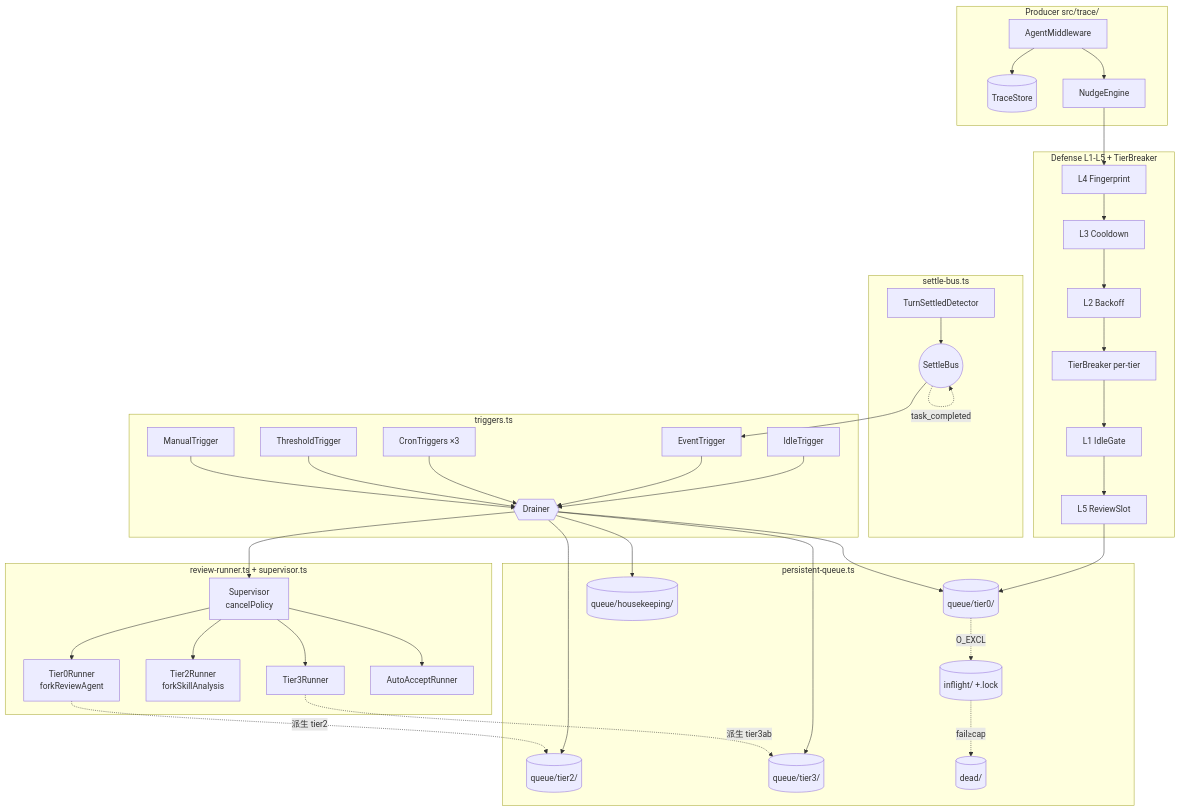
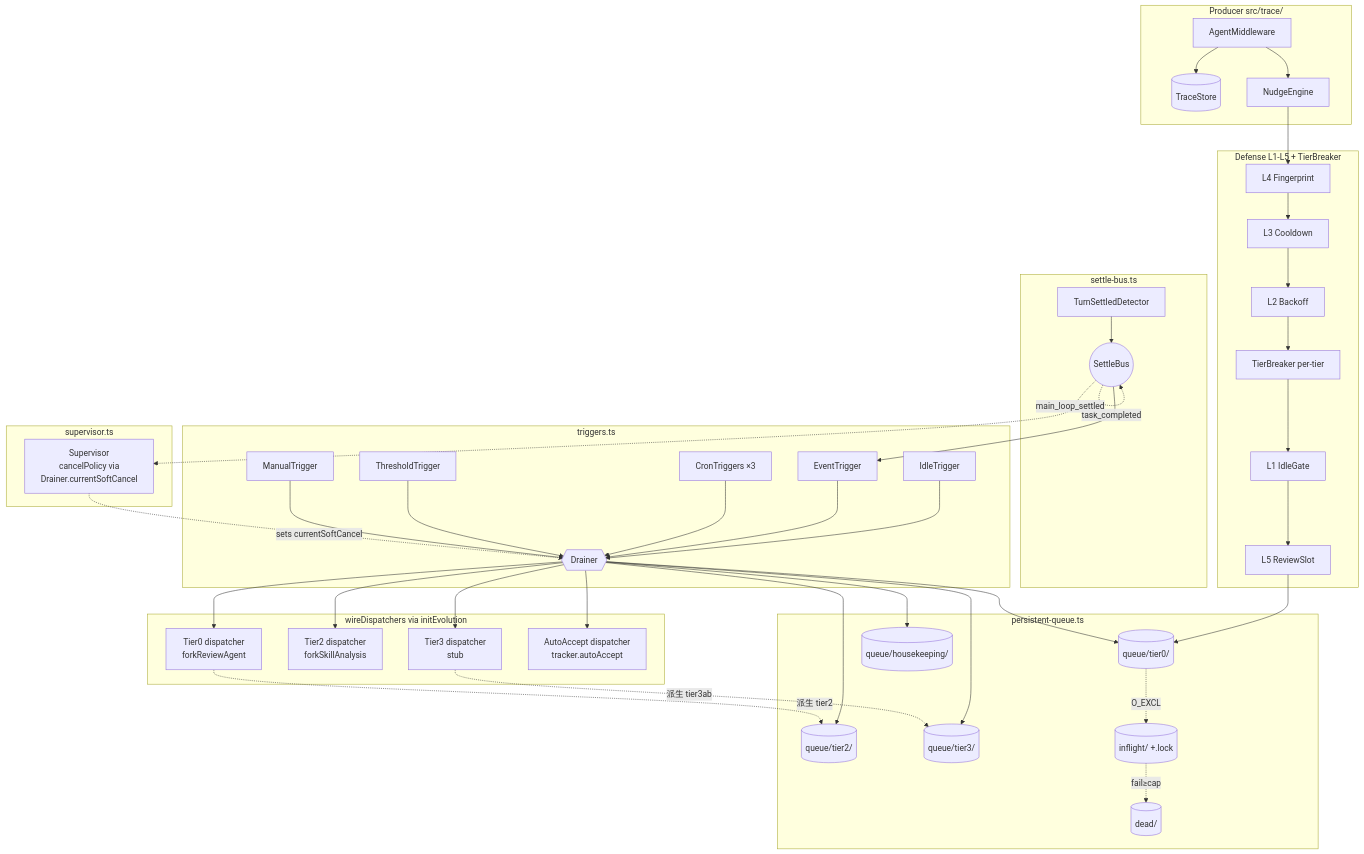
Before and after one commit to Chengchcc/my-agent-team: the ninth of 12 diagrams in DESIGN.md, drawn with Mermaid. The commit also changed other lines of this file, not shown here.

````diff
--- a/DESIGN.md
+++ b/DESIGN.md
@@ -1033,61 +1033,65 @@
 ```mermaid
 flowchart TB
     subgraph Producer[Producer src/trace/]
         AM[AgentMiddleware] --> TS[(TraceStore)]
         AM --> NE[NudgeEngine]
     end
 
     subgraph Defense[Defense L1-L5 + TierBreaker]
         L4[L4 Fingerprint] --> L3[L3 Cooldown] --> L2[L2 Backoff]
         L2 --> TB[TierBreaker per-tier]
         TB --> L1[L1 IdleGate]
         L1 --> L5[L5 ReviewSlot]
     end
 
     subgraph Settle[settle-bus.ts]
         TSD[TurnSettledDetector] --> SB((SettleBus))
         SB -.task_completed.-> SB
     end
 
     subgraph Triggers[triggers.ts]
         IT[IdleTrigger] --> DR{{Drainer}}
         ET[EventTrigger] --> DR
         CT[CronTriggers ×3] --> DR
         TT[ThresholdTrigger] --> DR
         MT[ManualTrigger] --> DR
     end
 
     subgraph Queue[persistent-queue.ts]
         Q0[(queue/tier0/)]
         Q2[(queue/tier2/)]
         Q3[(queue/tier3/)]
         QH[(queue/housekeeping/)]
         IF[(inflight/ +.lock)]
         DD[(dead/)]
     end
 
-    subgraph Runner[review-runner.ts + supervisor.ts]
-        SV[Supervisor<br/>cancelPolicy]
-        R0[Tier0Runner<br/>forkReviewAgent]
-        R2[Tier2Runner<br/>forkSkillAnalysis]
-        R3[Tier3Runner]
-        RAA[AutoAcceptRunner]
+    subgraph Runner[wireDispatchers via initEvolution]
+        R0[Tier0 dispatcher<br/>forkReviewAgent]
+        R2[Tier2 dispatcher<br/>forkSkillAnalysis]
+        R3[Tier3 dispatcher<br/>stub]
+        RAA[AutoAccept dispatcher<br/>tracker.autoAccept]
+    end
+
+    subgraph Supervisor[supervisor.ts]
+        SV[Supervisor<br/>cancelPolicy via<br/>Drainer.currentSoftCancel]
     end
 
     NE --> L4
     L5 --> Q0
     SB --> ET
     DR --> Q0
     DR --> Q2
     DR --> Q3
     DR --> QH
     Q0 -.O_EXCL.-> IF
     IF -.fail≥cap.-> DD
-    DR --> SV
-    SV --> R0
-    SV --> R2
-    SV --> R3
-    SV --> RAA
+    DR --> R0
+    DR --> R2
+    DR --> R3
+    DR --> RAA
+    SV -.sets currentSoftCancel.-> DR
+    SB -.main_loop_settled.-> SV
     R0 -.派生 tier2.-> Q2
     R3 -.派生 tier3ab.-> Q3
 ```
````
